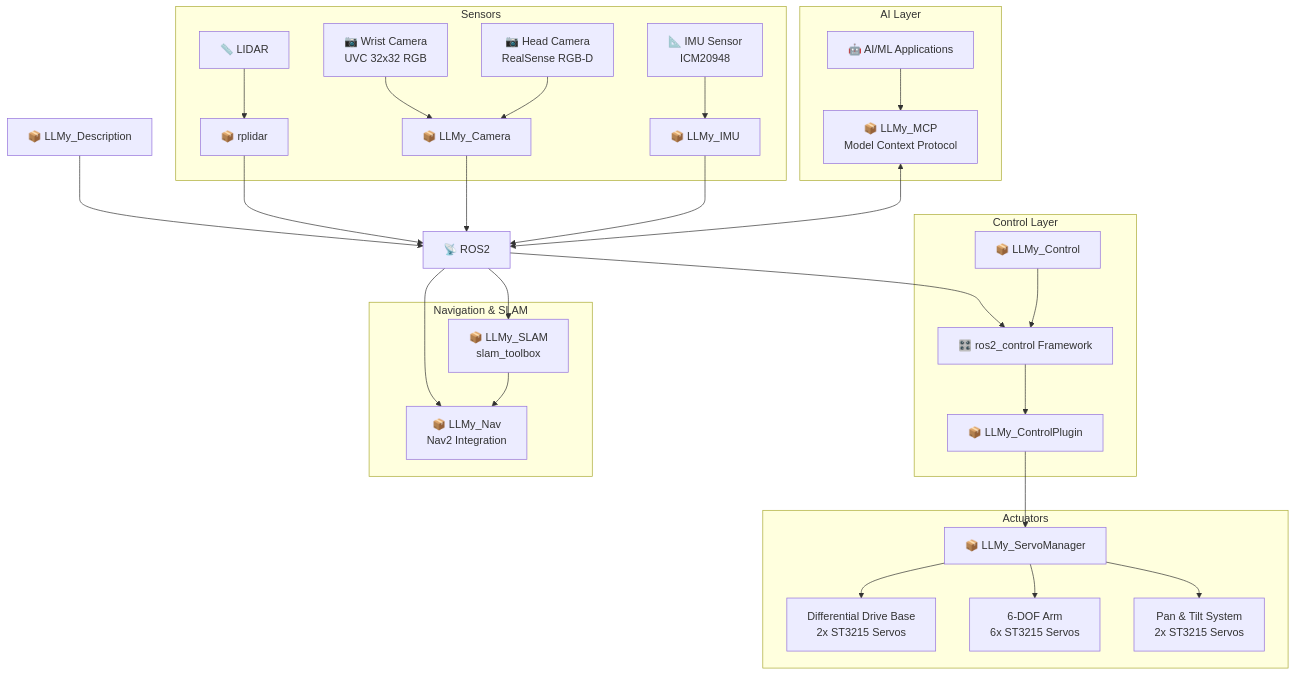
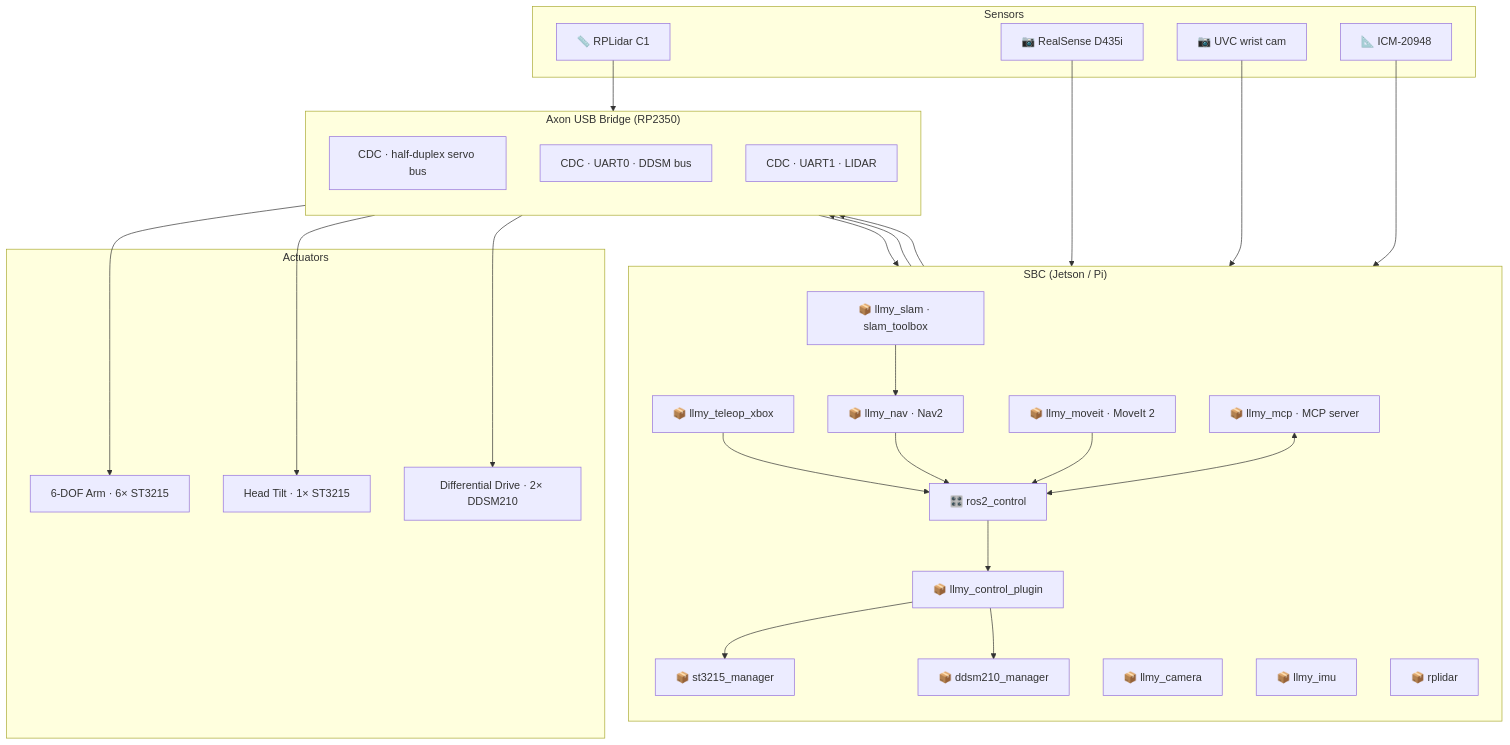
Before and after one commit to cristidragomir97/LeRemix: the diagram in README.md, drawn with Mermaid. The commit also changed other lines of this file and 283 other files, not shown here.

````diff
--- a/README.md
+++ b/README.md
@@ -110,72 +52,63 @@
 ```mermaid
 graph TB
 
-    LLMyDescription[📦 LLMy_Description]
-    API[📡 ROS2]
-
-
-    subgraph "Sensors"
-        WristCamera[📷 Wrist Camera<br/>UVC 32x32 RGB]
-        HeadCamera[📷 Head Camera<br/>RealSense RGB-D]
-        IMU[📐 IMU Sensor<br/>ICM20948]
-        LIDAR[📏 LIDAR]
-        CameraNode[📦 LLMy_Camera]
-        ImuNode[📦 LLMy_IMU]
+    subgraph "SBC (Jetson / Pi)"
+        direction TB
+        Control[🎛️ ros2_control]
+        ControlPlugin[📦 llmy_control_plugin]
+        St3215[📦 st3215_manager]
+        Ddsm210[📦 ddsm210_manager]
+        Nav[📦 llmy_nav · Nav2]
+        Slam[📦 llmy_slam · slam_toolbox]
+        MoveIt[📦 llmy_moveit · MoveIt 2]
+        MCP[📦 llmy_mcp · MCP server]
+        Teleop[📦 llmy_teleop_xbox]
+        CameraNode[📦 llmy_camera]
+        ImuNode[📦 llmy_imu]
         LidarNode[📦 rplidar]
     end
 
-    subgraph "Control Layer"
-        Control[🎛️ ros2_control Framework]
-        LLMyControl[📦 LLMy_Control]
-        LLMyControlPlugin[📦 LLMy_ControlPlugin]
-    end
-
-    subgraph "Navigation & SLAM"
-        LLMyNav[📦 LLMy_Nav<br/>Nav2 Integration]
-        LLMySlam[📦 LLMy_SLAM<br/>slam_toolbox]
-    end
-
-    subgraph "AI Layer"
-        LLMyMCP[📦 LLMy_MCP<br/>Model Context Protocol]
-        Apps[🤖 AI/ML Applications]
+    subgraph "Axon USB Bridge (RP2350)"
+        direction TB
+        CdcMotor[CDC · half-duplex servo bus]
+        CdcUart0[CDC · UART0 · DDSM bus]
+        CdcUart1[CDC · UART1 · LIDAR]
     end
 
     subgraph "Actuators"
-        LLMyServoManager[📦 LLMy_ServoManager]
-        Base[Differential Drive Base<br/>2x ST3215 Servos]
-        Arm[6-DOF Arm<br/>6x ST3215 Servos]
-        Head[Pan & Tilt System<br/>2x ST3215 Servos]
+        Arm[6-DOF Arm · 6× ST3215]
+        Tilt[Head Tilt · 1× ST3215]
+        Wheels[Differential Drive · 2× DDSM210]
     end
 
-  
-    %% Top to bottom flow
-    LLMyDescription --> API
+    subgraph "Sensors"
+        LIDAR[📏 RPLidar C1]
+        HeadCamera[📷 RealSense D435i]
+        WristCamera[📷 UVC wrist cam]
+        IMU[📐 ICM-20948]
+    end
 
-    LIDAR --> LidarNode
+    Teleop --> Control
+    Nav --> Control
+    MoveIt --> Control
+    MCP <--> Control
+    Slam --> Nav
+
+    Control --> ControlPlugin
+    ControlPlugin --> St3215
+    ControlPlugin --> Ddsm210
+
+    St3215 --> CdcMotor
+    Ddsm210 --> CdcUart0
+
+    CdcMotor --> Arm
+    CdcMotor --> Tilt
+    CdcUart0 --> Wheels
+
+    LIDAR --> CdcUart1
+    CdcUart1 --> LidarNode
+    HeadCamera --> CameraNode
     WristCamera --> CameraNode
-    HeadCamera --> CameraNode
     IMU --> ImuNode
 
-    LidarNode --> API
-    CameraNode --> API
-    ImuNode --> API
-
-
-    API --> Control
-    API --> LLMyNav
-    API --> LLMySlam
-
-    LLMySlam --> LLMyNav
-
-    LLMyMCP <--> API
-    Apps --> LLMyMCP
-
-    LLMyControl --> Control
-    Control --> LLMyControlPlugin
-    LLMyControlPlugin --> LLMyServoManager
-
-    LLMyServoManager --> Base
-    LLMyServoManager --> Arm
-    LLMyServoManager --> Head
-
 ```
````
